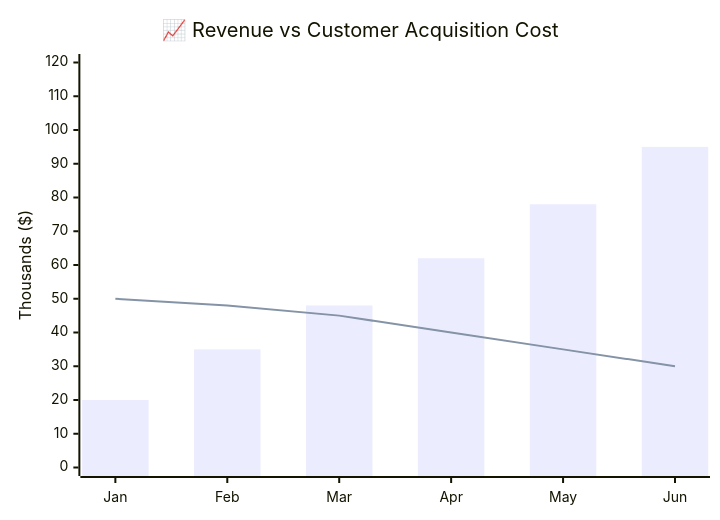
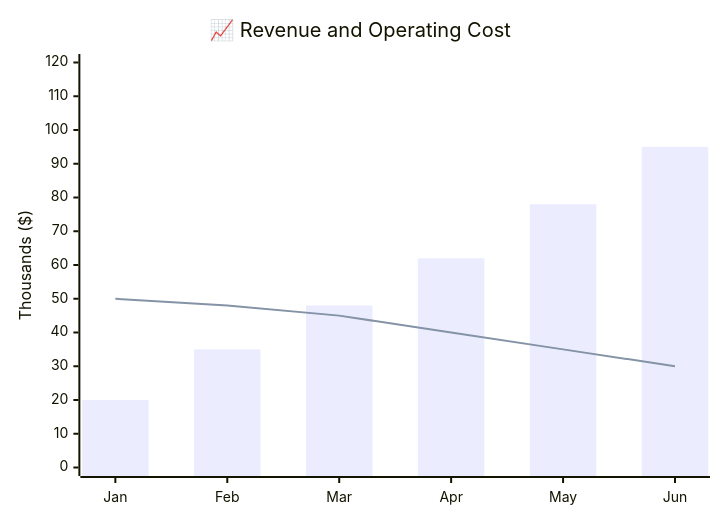
Before and after one commit to thereisnotime/skills-collection: the first of 2 diagrams in skills/K-Dense-AI--claude-scientific-skills/skills/markdown-mermaid-writing/references/diagrams/xy_chart.md, drawn with Mermaid. The commit also changed other lines of this file and 4040 other files, not shown here.

Commit message:
sync: update skills repos, readme and charts

````diff
--- a/skills/K-Dense-AI--claude-scientific-skills/skills/markdown-mermaid-writing/references/diagrams/xy_chart.md
+++ b/skills/K-Dense-AI--claude-scientific-skills/skills/markdown-mermaid-writing/references/diagrams/xy_chart.md
@@ -19,8 +19,10 @@
 ```mermaid
 xychart-beta
-    title "📈 Revenue vs Customer Acquisition Cost"
+    accTitle: Xy Chart Example
+    accDescr: Illustrative xy chart diagram; the surrounding text describes its data and relationships.
+    title "📈 Revenue and Operating Cost"
     x-axis [Jan, Feb, Mar, Apr, May, Jun]
     y-axis "Thousands ($)" 0 --> 120
-    bar [20, 35, 48, 62, 78, 95]
-    line [50, 48, 45, 40, 35, 30]
+    bar "Revenue" [20, 35, 48, 62, 78, 95]
+    line "Operating cost" [50, 48, 45, 40, 35, 30]
 ```
````
